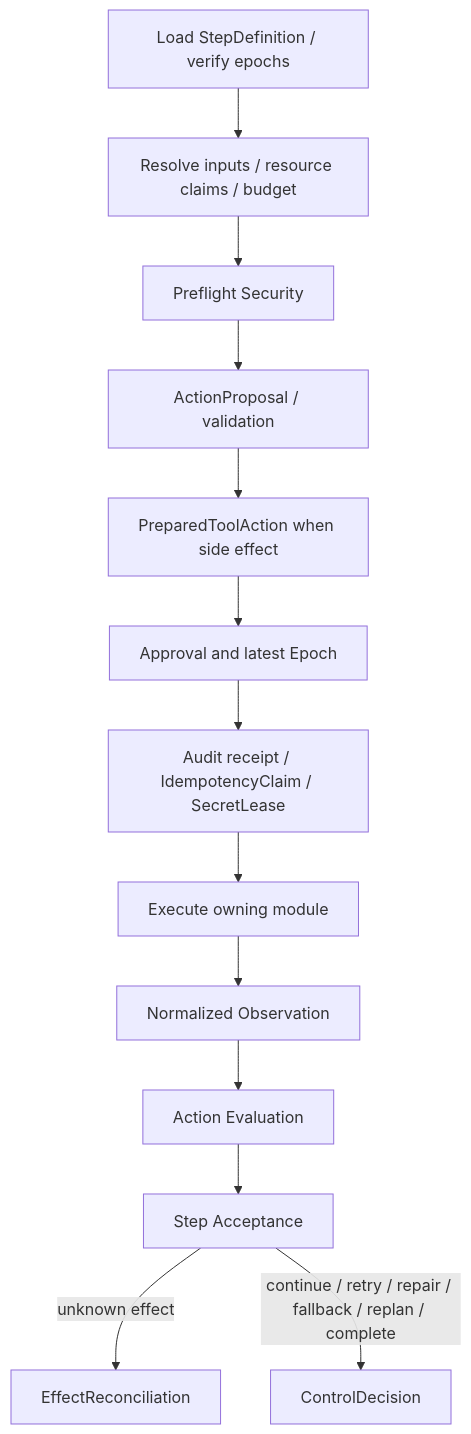
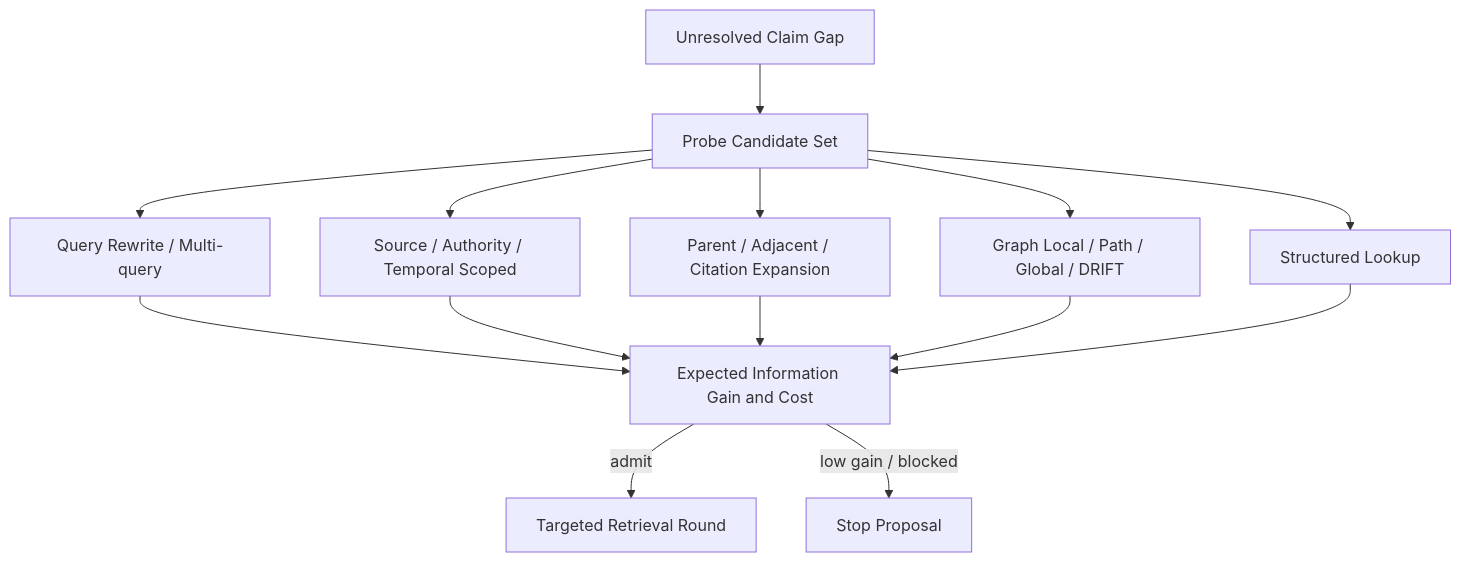
One commit to ProfessorZhi/Zuno changed diagram 11 of 17 in docs/architecture/architecture-views.md. Above: the diagram before and after it, drawn with Mermaid. The commit also changed other lines of this file, not shown here.

Commit message:
docs(architecture): refresh architecture v2 visual atlas [agent=chatgpt model=gpt-5.6-thinking worker=chatgpt-architecture-v2-001]

````diff
--- a/docs/architecture/architecture-views.md
+++ b/docs/architecture/architecture-views.md
@@ -154,15 +306,16 @@
 ```mermaid
-flowchart TB
-  LOAD[Load StepDefinition / verify epochs] --> INPUT[Resolve inputs / resource claims / budget]
-  INPUT --> SEC[Preflight Security]
-  SEC --> PROPOSE[ActionProposal / validation]
-  PROPOSE --> PREP[PreparedToolAction when side effect]
-  PREP --> APPROVE[Approval and latest Epoch]
-  APPROVE --> CLAIM[Audit receipt / IdempotencyClaim / SecretLease]
-  CLAIM --> EXEC[Execute owning module]
-  EXEC --> OBS[Normalized Observation]
-  OBS --> EVAL[Action Evaluation]
-  EVAL --> ACCEPT[Step Acceptance]
-  ACCEPT -->|unknown effect| RECON[EffectReconciliation]
-  ACCEPT -->|continue / retry / repair / fallback / replan / complete| DECIDE[ControlDecision]
+flowchart TD
+    U[Unresolved Claim Gap] --> P[Probe Candidate Set]
+    P --> Q[Query Rewrite / Multi-query]
+    P --> S[Source / Authority / Temporal Scoped]
+    P --> X[Parent / Adjacent / Citation Expansion]
+    P --> G[Graph Local / Path / Global / DRIFT]
+    P --> T[Structured Lookup]
+    Q --> R[Expected Information Gain and Cost]
+    S --> R
+    X --> R
+    G --> R
+    T --> R
+    R -->|admit| RR[Targeted Retrieval Round]
+    R -->|low gain / blocked| ST[Stop Proposal]
 ```
````
